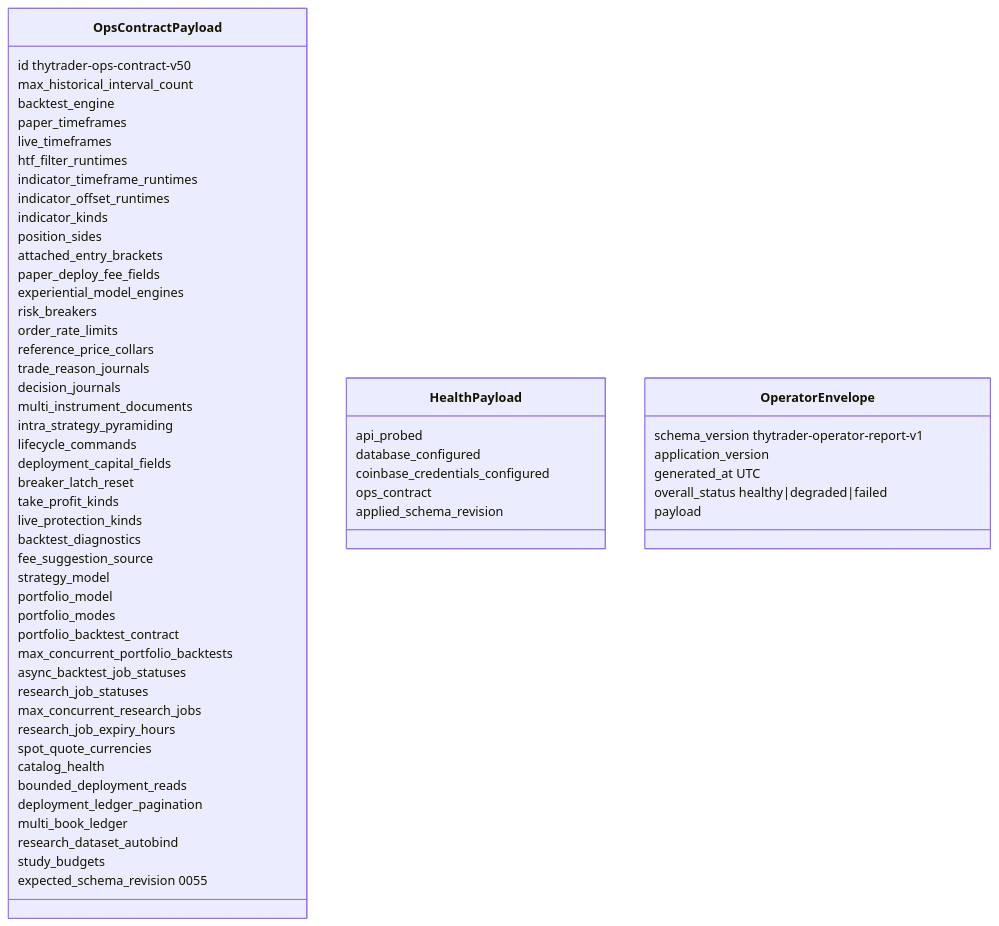
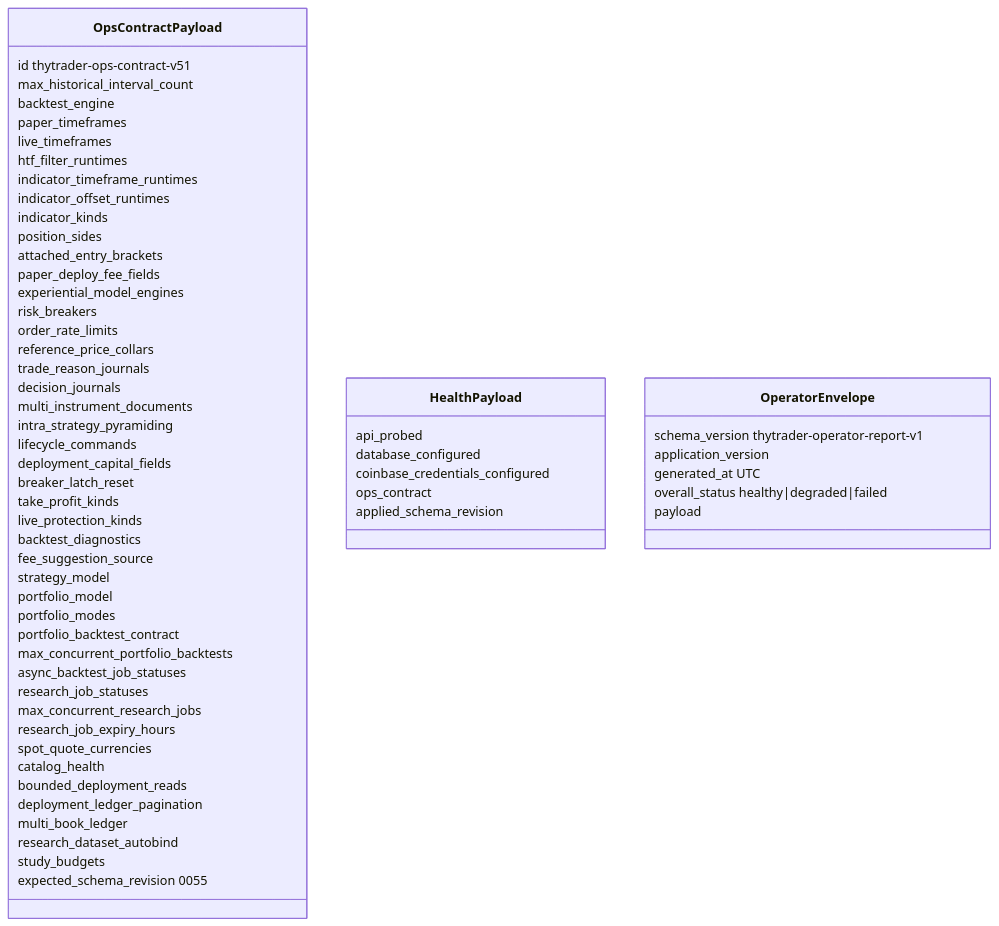
The diagram in docs/architecture/contracts/ops-contract.md (Zoltesh/thytrader), drawn with Mermaid before and after one commit. The commit also changed other lines of this file and 88 other files, not shown here.

````diff
--- a/docs/architecture/contracts/ops-contract.md
+++ b/docs/architecture/contracts/ops-contract.md
@@ -59,63 +63,63 @@
 ```mermaid
 classDiagram
   class OpsContractPayload {
-    id thytrader-ops-contract-v50
+    id thytrader-ops-contract-v51
     max_historical_interval_count
     backtest_engine
     paper_timeframes
     live_timeframes
     htf_filter_runtimes
     indicator_timeframe_runtimes
     indicator_offset_runtimes
     indicator_kinds
     position_sides
     attached_entry_brackets
     paper_deploy_fee_fields
     experiential_model_engines
     risk_breakers
     order_rate_limits
     reference_price_collars
     trade_reason_journals
     decision_journals
     multi_instrument_documents
     intra_strategy_pyramiding
     lifecycle_commands
     deployment_capital_fields
     breaker_latch_reset
     take_profit_kinds
     live_protection_kinds
     backtest_diagnostics
     fee_suggestion_source
     strategy_model
     portfolio_model
     portfolio_modes
     portfolio_backtest_contract
     max_concurrent_portfolio_backtests
     async_backtest_job_statuses
     research_job_statuses
     max_concurrent_research_jobs
     research_job_expiry_hours
     spot_quote_currencies
     catalog_health
     bounded_deployment_reads
     deployment_ledger_pagination
     multi_book_ledger
     research_dataset_autobind
     study_budgets
     expected_schema_revision 0055
   }
   class HealthPayload {
     api_probed
     database_configured
     coinbase_credentials_configured
     ops_contract
     applied_schema_revision
   }
   class OperatorEnvelope {
     schema_version thytrader-operator-report-v1
     application_version
     generated_at UTC
     overall_status healthy|degraded|failed
     payload
   }
 ```
````
